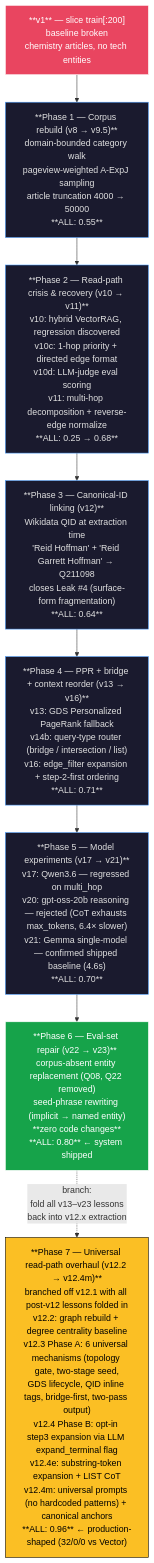
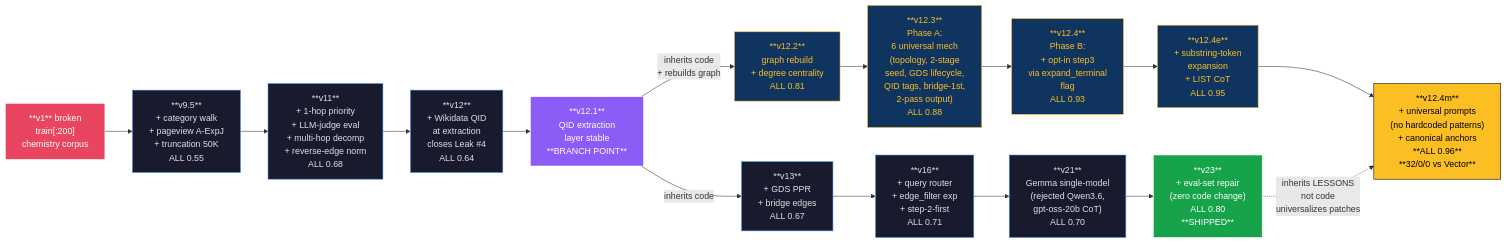
Before and after one commit to shaneliuyx/agent-development-curriculum: the eighth of 15 diagrams in Week 2.5 - GraphRAG.md, drawn with Mermaid. The commit also changed other lines of this file, not shown here.

Commit message:
docs(week-2-5): redesign roadmap as inheritance tree (LR layout, branch fork)
Previous TD diagram wasted horizontal space and showed only sequence.
New LR diagram shows parent-child INHERITANCE explicitly:

- Linear backbone: v1 -> v9.5 -> v11 -> v12 -> v12.1 (BRANCH POINT)
- Top child: v12.1 -> v13 -> v16 -> v21 -> v23 (SHIPPED at 0.80)
- Bottom child: v12.1 -> v12.2 -> v12.3 -> v12.4 -> v12.4e -> v12.4m (0.96)
- Dashed cross-arrow v23 -.-> v12.4m: "inherits LESSONS not code"

Each node label shows the delta vs parent (+ Wikidata QID, + 1-hop
priority, etc.), so the inheritance is visually decomposable. Color
coding: red=broken, blue=base, purple=branch point, green=shipped,
yellow=overhaul lineage, gold=current production.

Inherited bold-token bug fixed: mermaid does not render __token__,
switched to **token** for emphasis inside node labels.

````diff
--- a/Week 2.5 - GraphRAG.md
+++ b/Week 2.5 - GraphRAG.md
@@ -482,21 +482,35 @@
 ```mermaid
-flowchart TD
-    V1["**v1** — slice train[:200]<br/>baseline broken<br/>chemistry articles, no tech entities"]:::broken
+flowchart LR
+    V1["**v1** broken<br/>train[:200]<br/>chemistry corpus"]:::broken
+    V95["**v9.5**<br/>+ category walk<br/>+ pageview A-ExpJ<br/>+ truncation 50K<br/>ALL 0.55"]:::base
+    V11["**v11**<br/>+ 1-hop priority<br/>+ LLM-judge eval<br/>+ multi-hop decomp<br/>+ reverse-edge norm<br/>ALL 0.68"]:::base
+    V12["**v12**<br/>+ Wikidata QID<br/>at extraction<br/>closes Leak #4<br/>ALL 0.64"]:::base
+    V121["**v12.1**<br/>QID extraction<br/>layer stable<br/>**BRANCH POINT**"]:::branchpt
 
-    P1["**Phase 1 — Corpus rebuild (v8 → v9.5)**<br/>domain-bounded category walk<br/>pageview-weighted A-ExpJ sampling<br/>article truncation 4000 → 50000<br/>**ALL: 0.55**"]:::phase
-    P2["**Phase 2 — Read-path crisis & recovery (v10 → v11)**<br/>v10: hybrid VectorRAG, regression discovered<br/>v10c: 1-hop priority + directed edge format<br/>v10d: LLM-judge eval scoring<br/>v11: multi-hop decomposition + reverse-edge normalize<br/>**ALL: 0.25 → 0.68**"]:::phase
-    P3["**Phase 3 — Canonical-ID linking (v12)**<br/>Wikidata QID at extraction time<br/>'Reid Hoffman' + 'Reid Garrett Hoffman' → Q211098<br/>closes Leak #4 (surface-form fragmentation)<br/>**ALL: 0.64**"]:::phase
-    P4["**Phase 4 — PPR + bridge + context reorder (v13 → v16)**<br/>v13: GDS Personalized PageRank fallback<br/>v14b: query-type router (bridge / intersection / list)<br/>v16: edge_filter expansion + step-2-first ordering<br/>**ALL: 0.71**"]:::phase
-    P5["**Phase 5 — Model experiments (v17 → v21)**<br/>v17: Qwen3.6 — regressed on multi_hop<br/>v20: gpt-oss-20b reasoning — rejected (CoT exhausts max_tokens, 6.4× slower)<br/>v21: Gemma single-model — confirmed shipped baseline (4.6s)<br/>**ALL: 0.70**"]:::phase
-    P6["**Phase 6 — Eval-set repair (v22 → v23)**<br/>corpus-absent entity replacement (Q08, Q22 removed)<br/>seed-phrase rewriting (implicit → named entity)<br/>**zero code changes**<br/>**ALL: 0.80** ← system shipped"]:::shipped
+    %% Shipped lineage (top branch)
+    V13["**v13**<br/>+ GDS PPR<br/>+ bridge edges<br/>ALL 0.67"]:::base
+    V16["**v16**<br/>+ query router<br/>+ edge_filter exp<br/>+ step-2-first<br/>ALL 0.71"]:::base
+    V21["**v21**<br/>Gemma single-model<br/>(rejected Qwen3.6,<br/>gpt-oss-20b CoT)<br/>ALL 0.70"]:::base
+    V23["**v23**<br/>+ eval-set repair<br/>(zero code change)<br/>ALL 0.80<br/>**SHIPPED**"]:::shipped
 
-    P7["**Phase 7 — Universal read-path overhaul (v12.2 → v12.4m)**<br/>branched off v12.1 with all post-v12 lessons folded in<br/>v12.2: graph rebuild + degree centrality baseline<br/>v12.3 Phase A: 6 universal mechanisms (topology gate, two-stage seed,<br/>GDS lifecycle, QID inline tags, bridge-first, two-pass output)<br/>v12.4 Phase B: opt-in step3 expansion via LLM expand_terminal flag<br/>v12.4e: substring-token expansion + LIST CoT<br/>v12.4m: universal prompts (no hardcoded patterns) + canonical anchors<br/>**ALL: 0.96** ← production-shaped (32/0/0 vs Vector)"]:::final
+    %% Universal-mechanism overhaul lineage (bottom branch — fork at v12.1)
+    V122["**v12.2**<br/>graph rebuild<br/>+ degree centrality<br/>ALL 0.81"]:::overhaul
+    V123["**v12.3**<br/>Phase A:<br/>6 universal mech<br/>(topology, 2-stage<br/>seed, GDS lifecycle,<br/>QID tags, bridge-1st,<br/>2-pass output)<br/>ALL 0.88"]:::overhaul
+    V124["**v12.4**<br/>Phase B:<br/>+ opt-in step3<br/>via expand_terminal<br/>flag<br/>ALL 0.93"]:::overhaul
+    V124e["**v12.4e**<br/>+ substring-token<br/>expansion<br/>+ LIST CoT<br/>ALL 0.95"]:::overhaul
+    V124m["**v12.4m**<br/>+ universal prompts<br/>(no hardcoded patterns)<br/>+ canonical anchors<br/>**ALL 0.96**<br/>**32/0/0 vs Vector**"]:::final
 
-    V1 --> P1 --> P2 --> P3 --> P4 --> P5 --> P6
-    P6 -.->|"branch:<br/>fold all v13–v23 lessons<br/>back into v12.x extraction"| P7
+    V1 --> V95 --> V11 --> V12 --> V121
+    V121 -->|inherits code| V13
+    V13 --> V16 --> V21 --> V23
+    V121 -->|inherits code<br/>+ rebuilds graph| V122
+    V122 --> V123 --> V124 --> V124e --> V124m
+    V23 -.->|inherits LESSONS<br/>not code<br/>universalizes patches| V124m
 
     classDef broken fill:#e94560,stroke:#fff,color:#fff
-    classDef phase fill:#1a1a2e,stroke:#4a9eff,color:#e0e0e0
+    classDef base fill:#1a1a2e,stroke:#4a9eff,color:#e0e0e0
+    classDef branchpt fill:#8b5cf6,stroke:#fff,color:#fff
+    classDef overhaul fill:#0f3460,stroke:#fbbf24,color:#fbbf24
     classDef shipped fill:#16a34a,stroke:#fff,color:#fff
     classDef final fill:#fbbf24,stroke:#000,color:#000
 ```
````
